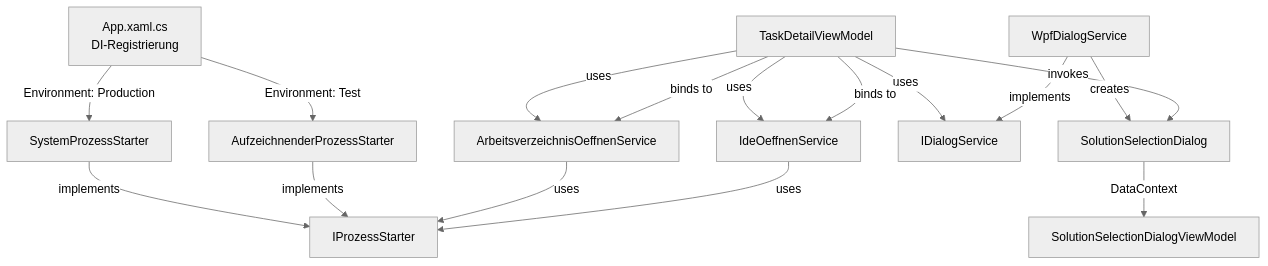
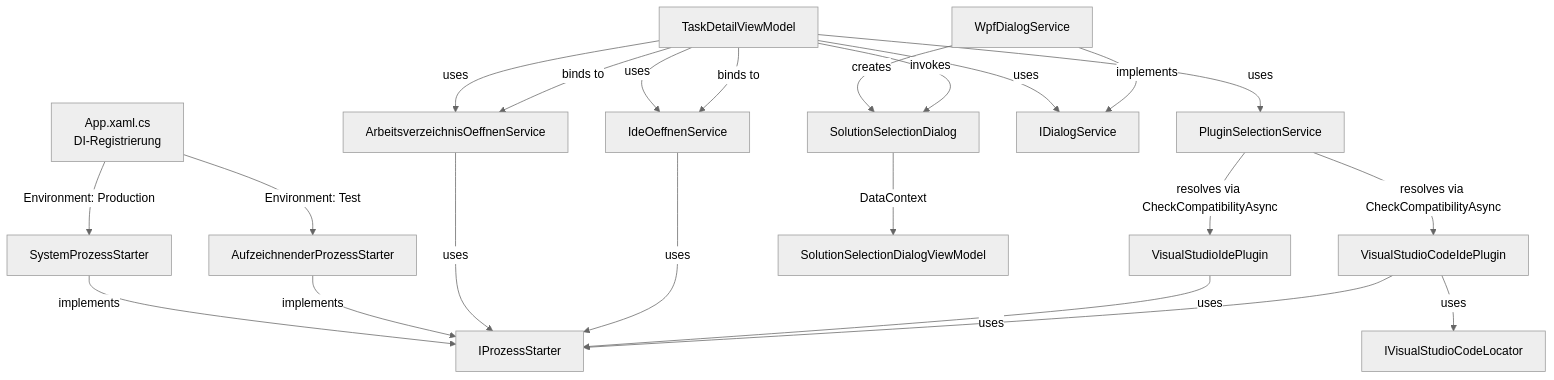
One commit to martin-stromberg/Softwareschmiede changed the diagram in docs/help/dateisystem-integration/architektur.md. Above: the diagram before and after it, drawn with Mermaid (neutral theme). The commit also changed other lines of this file and 60 other files, not shown here.

First line of the commit message:
feat: IDE-Plugin-System mit automatischer Erkennung und Prioritaeten

````diff
--- a/docs/help/dateisystem-integration/architektur.md
+++ b/docs/help/dateisystem-integration/architektur.md
@@ -167,24 +157,31 @@
 ```mermaid
 graph TD
     A["App.xaml.cs<br/>DI-Registrierung"]
     A -->|Environment: Production| B["SystemProzessStarter"]
     A -->|Environment: Test| C["AufzeichnenderProzessStarter"]
     
     B -->|implements| D["IProzessStarter"]
     C -->|implements| D
     
     E["ArbeitsverzeichnisOeffnenService"] -->|uses| D
     F["IdeOeffnenService"] -->|uses| D
-    
+    L["VisualStudioIdePlugin"] -->|uses| D
+    M["VisualStudioCodeIdePlugin"] -->|uses| D
+    M -->|uses| N["IVisualStudioCodeLocator"]
+
+    P["PluginSelectionService"] -->|resolves via CheckCompatibilityAsync| L
+    P -->|resolves via CheckCompatibilityAsync| M
+
     G["TaskDetailViewModel"] -->|uses| E
     G -->|uses| F
+    G -->|uses| P
     G -->|uses| H["IDialogService"]
     
     I["WpfDialogService"] -->|implements| H
     I -->|creates| J["SolutionSelectionDialog"]
     J -->|DataContext| K["SolutionSelectionDialogViewModel"]
     
     G -->|invokes| J
     G -->|binds to| E
     G -->|binds to| F
 ```
````
